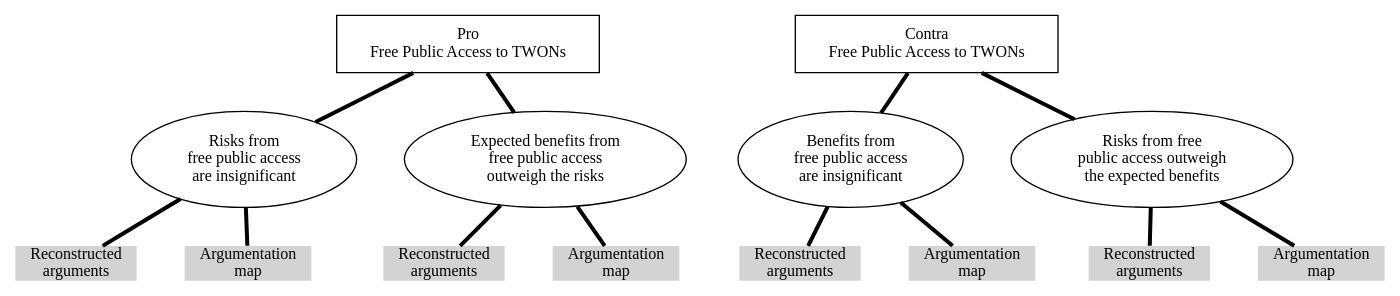
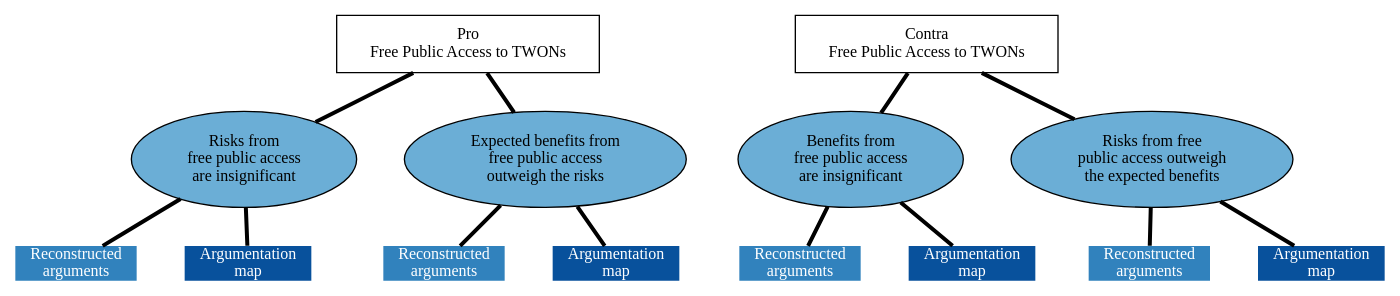
Before and after one commit to JenkaUbuntu/twon-website-mockup.github.io: the diagram in Graphics/GM-1-arguments.dot, drawn with Graphviz. The commit also changed 10 other files, not shown here.

```diff
--- a/Graphics/GM-1-arguments.dot
+++ b/Graphics/GM-1-arguments.dot
@@ -1,135 +1,143 @@
 digraph "GM-1 Argumentation Structure" {
  graph [newrank = true,
 		nodesep = 0.5,
 		ranksep = 0.4,
 		overlap = true,
 		splines = false,]
  node [fixedsize = false,
 		fontsize = 12,
 		height = 1,
 		shape = box,
 		style = "filled,setlinewidth(1)",
 		width = 1]
  edge [arrowhead = none,
 		arrowsize = 1,
 		labelfontname = "Ubuntu",
 		weight = 10,
 		style = "filled,setlinewidth(3)"]
   pro_GM_1 [
     fillcolor="white",
     label="Pro \nFree Public Access to TWONs"
     height=.6,
     row=func,
     width=1
   ]
   pro_GM_1_trumping [
    shape=ellipse,
-   fillcolor="white",
+   fillcolor="#6baed6",
    label="Risks from \nfree public access \nare insignificant"
    row=func,
   ]
   pro_GM_1_balancing [
    shape=ellipse,
-   fillcolor="white",
+   fillcolor="#6baed6",
    label="Expected benefits from \nfree public access \noutweigh the risks"
   ]
   arg_rekos_risks [
    shape=plain,
    url=""
-   fillcolor="lightgray",
+   fillcolor="#3182bd",
+   fontcolor=white,
    label="Reconstructed \narguments"
    height=5,
    width=5
   ]
   arg_maps_risks [
    shape=plain,
    url=""
-   fillcolor="lightgray",
+   fillcolor="#08519c",
+   fontcolor=white,
    label="Argumentation \nmap"
    height=.4,
    width=.5
   ]
   arg_rekos_bal [
    shape=plain,
    url=""
-   fillcolor="lightgray",
+   fillcolor="#3182bd",
+   fontcolor=white,
    label="Reconstructed \narguments"
    height=5,
    width=5
   ]
   arg_maps_bal [
    shape=plain,
    url=""
-   fillcolor="lightgray",
+   fillcolor="#08519cy",
+   fontcolor=white,
    label="Argumentation \nmap"
    height=.4,
    width=.5
   ]
   
   pro_GM_1 -> pro_GM_1_trumping
   pro_GM_1 -> pro_GM_1_balancing
   pro_GM_1_trumping -> arg_rekos_risks
   pro_GM_1_trumping -> arg_maps_risks
   pro_GM_1_balancing -> arg_rekos_bal
   pro_GM_1_balancing -> arg_maps_bal
 
   contra_GM_1 [
     fillcolor="white",
     label="Contra \nFree Public Access to TWONs"
     height=.6,
     row=func,
     width=1
   ]
   contra_GM_1_trumping [
    shape=ellipse,
-   fillcolor="white",
+   fillcolor="#6baed6",
    label="Benefits from \nfree public access \nare insignificant"
    row=func,
   ]
   contra_GM_1_balancing [
    shape=ellipse,
-   fillcolor="white",
+   fillcolor="#6baed6",
    label="Risks from free \npublic access outweigh \nthe expected benefits"
   ]
   arg_rekos_benefits [
    shape=plain,
    url=""
-   fillcolor="lightgray",
+   fillcolor="#3182bd",
+   fontcolor=white,
    label="Reconstructed \narguments"
    height=5,
    width=5
   ]
   arg_maps_benefits [
    shape=plain,
    url=""
-   fillcolor="lightgray",
+   fillcolor="#08519c",
+   fontcolor=white,
    label="Argumentation \nmap"
    height=.4,
    width=.5
   ]
   arg_rekos_bal_contra [
    shape=plain,
    url=""
-   fillcolor="lightgray",
+   fillcolor="#3182bd",
+   fontcolor=white,
    label="Reconstructed \narguments"
    height=5,
    width=5
   ]
   arg_maps_bal_contra [
    shape=plain,
    url=""
-   fillcolor="lightgray",
+   fillcolor="#08519c",
+   fontcolor=white,
    label="Argumentation \nmap"
    height=.4,
    width=.5
   ]
   
   contra_GM_1 -> contra_GM_1_trumping
   contra_GM_1 -> contra_GM_1_balancing
   contra_GM_1_trumping -> arg_rekos_benefits
   contra_GM_1_trumping -> arg_maps_benefits
   contra_GM_1_balancing -> arg_rekos_bal_contra
   contra_GM_1_balancing -> arg_maps_bal_contra
 
 
 }
```
